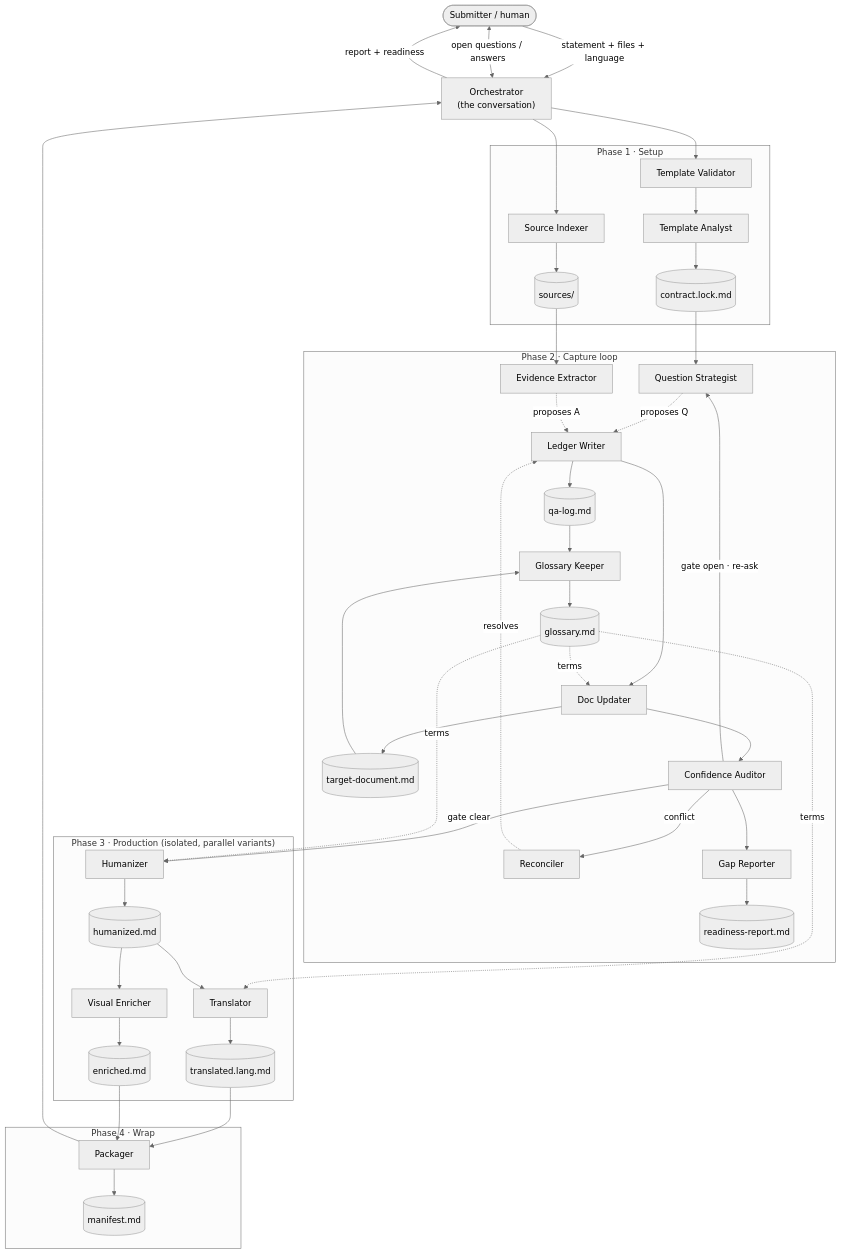
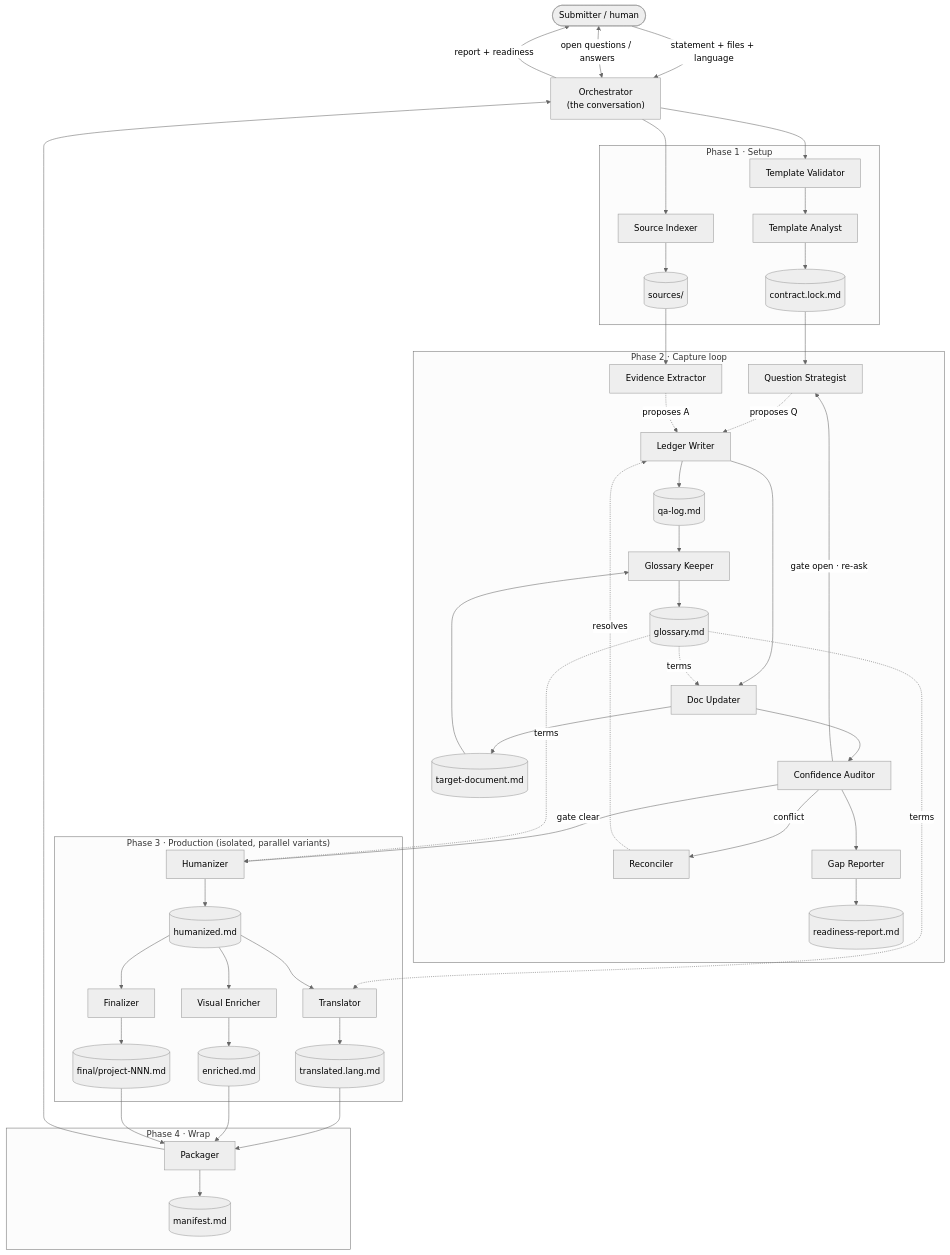
The diagram in README.md (hugo-hsbtech/teamwork-process-marketplace), drawn with Mermaid (neutral theme) before and after one commit. The commit also changed other lines of this file and 13 other files, not shown here.

````diff
--- a/README.md
+++ b/README.md
@@ -90,59 +90,62 @@
 ```mermaid
 flowchart TD
     H(["Submitter / human"]) -->|" statement + files + language "| O["Orchestrator<br/>(the conversation)"]
 
     subgraph P1["Phase 1 · Setup"]
         TV["Template Validator"] --> TA["Template Analyst"]
         SI["Source Indexer"]
         TA --> CONTRACT[("contract.lock.md")]
         SI --> SRC[("sources/")]
     end
 
     O --> TV
     O --> SI
 
     subgraph P2["Phase 2 · Capture loop"]
         QS["Question Strategist"]
         FE["Evidence Extractor"]
         RC["Reconciler"]
         LW["Ledger Writer"] --> LEDGER[("qa-log.md")]
         DU["Doc Updater"] --> DOC[("target-document.md")]
         GK["Glossary Keeper"] --> GLOSS[("glossary.md")]
         RR["Gap Reporter"] --> REPORT[("readiness-report.md")]
         CA["Confidence Auditor"]
     end
 
     CONTRACT --> QS
     SRC --> FE
     QS -. proposes Q .-> LW
     FE -. proposes A .-> LW
     RC -. resolves .-> LW
     O <-->|" open questions / answers "| H
     LW --> DU --> CA
     CA -->|" gate open · re-ask "| QS
     CA -->|" conflict "| RC
     CA --> RR
     CA -->|" gate clear "| HU
     LEDGER --> GK
     DOC --> GK
     GLOSS -. terms .-> DU
     GLOSS -. terms .-> HU
     GLOSS -. terms .-> TR
 
     subgraph P3["Phase 3 · Production (isolated, parallel variants)"]
         HU["Humanizer"] --> HMD[("humanized.md")]
         TR["Translator"] --> TMD[("translated.lang.md")]
         VE["Visual Enricher"] --> EMD[("enriched.md")]
+        FIN["Finalizer"] --> FNL[("final/project-NNN.md")]
         HMD --> TR
         HMD --> VE
+        HMD --> FIN
     end
 
     subgraph P4["Phase 4 · Wrap"]
         PK["Packager"] --> MAN[("manifest.md")]
     end
 
     TMD --> PK
     EMD --> PK
+    FNL --> PK
     PK --> O
     O -->|" report + readiness "| H
 ```
````
